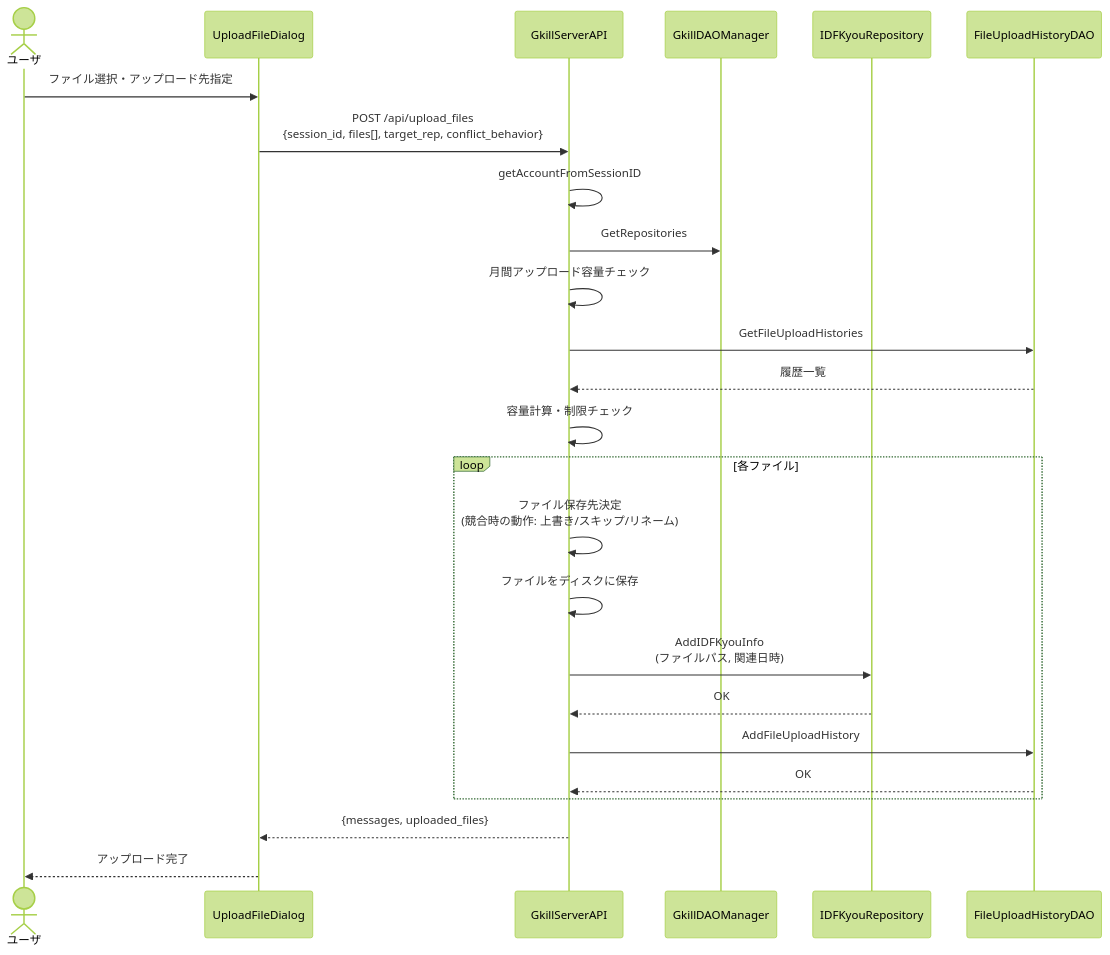
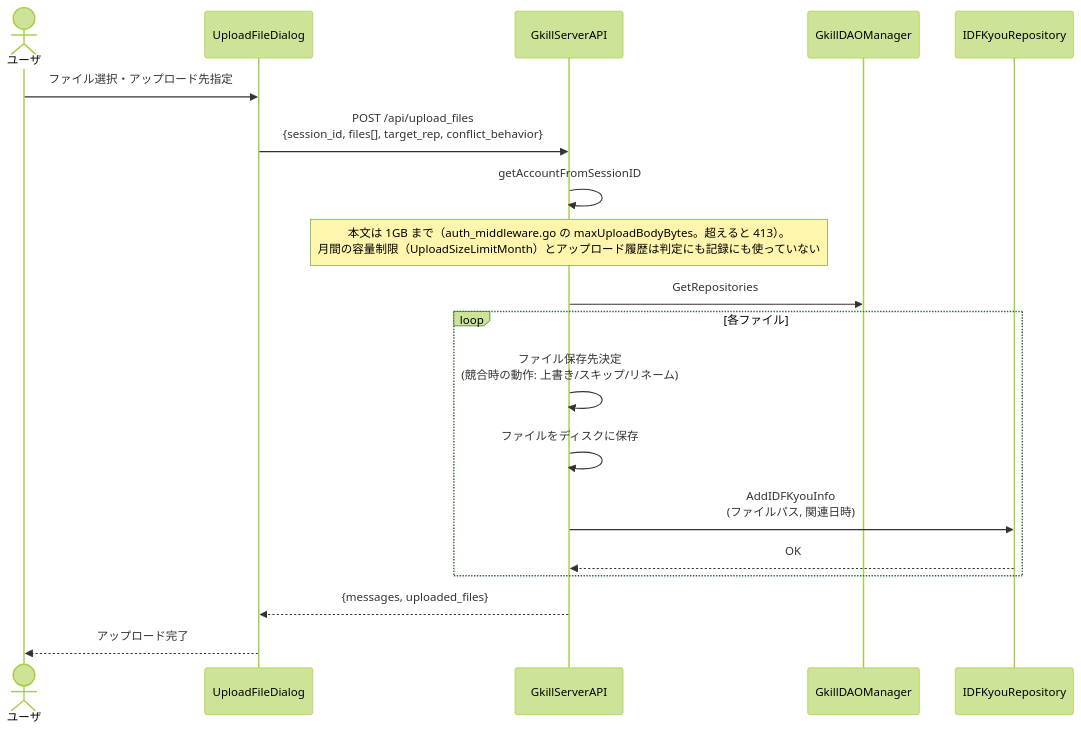
The ninth of 30 diagrams in documents/reverse/sequence-diagrams.md (mt3hr/gkill), drawn with Mermaid (forest theme) before and after one commit. The commit also changed other lines of this file and 220 other files, not shown here.

````diff
--- a/documents/reverse/sequence-diagrams.md
+++ b/documents/reverse/sequence-diagrams.md
@@ -373,28 +373,22 @@
 ```mermaid
 sequenceDiagram
     actor User as ユーザ
     participant UI as UploadFileDialog
     participant API as GkillServerAPI
     participant DAOMgr as GkillDAOManager
     participant IDFRep as IDFKyouRepository
-    participant FUH as FileUploadHistoryDAO
 
     User->>UI: ファイル選択・アップロード先指定
     UI->>API: POST /api/upload_files<br>{session_id, files[], target_rep, conflict_behavior}
     API->>API: getAccountFromSessionID
+    Note over API: 本文は 1GB まで（auth_middleware.go の maxUploadBodyBytes。超えると 413）。<br>月間の容量制限（UploadSizeLimitMonth）とアップロード履歴は判定にも記録にも使っていない
     API->>DAOMgr: GetRepositories
-    API->>API: 月間アップロード容量チェック
-    API->>FUH: GetFileUploadHistories
-    FUH-->>API: 履歴一覧
-    API->>API: 容量計算・制限チェック
     loop 各ファイル
         API->>API: ファイル保存先決定<br>(競合時の動作: 上書き/スキップ/リネーム)
         API->>API: ファイルをディスクに保存
         API->>IDFRep: AddIDFKyouInfo<br>(ファイルパス, 関連日時)
         IDFRep-->>API: OK
-        API->>FUH: AddFileUploadHistory
-        FUH-->>API: OK
     end
     API-->>UI: {messages, uploaded_files}
     UI-->>User: アップロード完了
 ```
````
